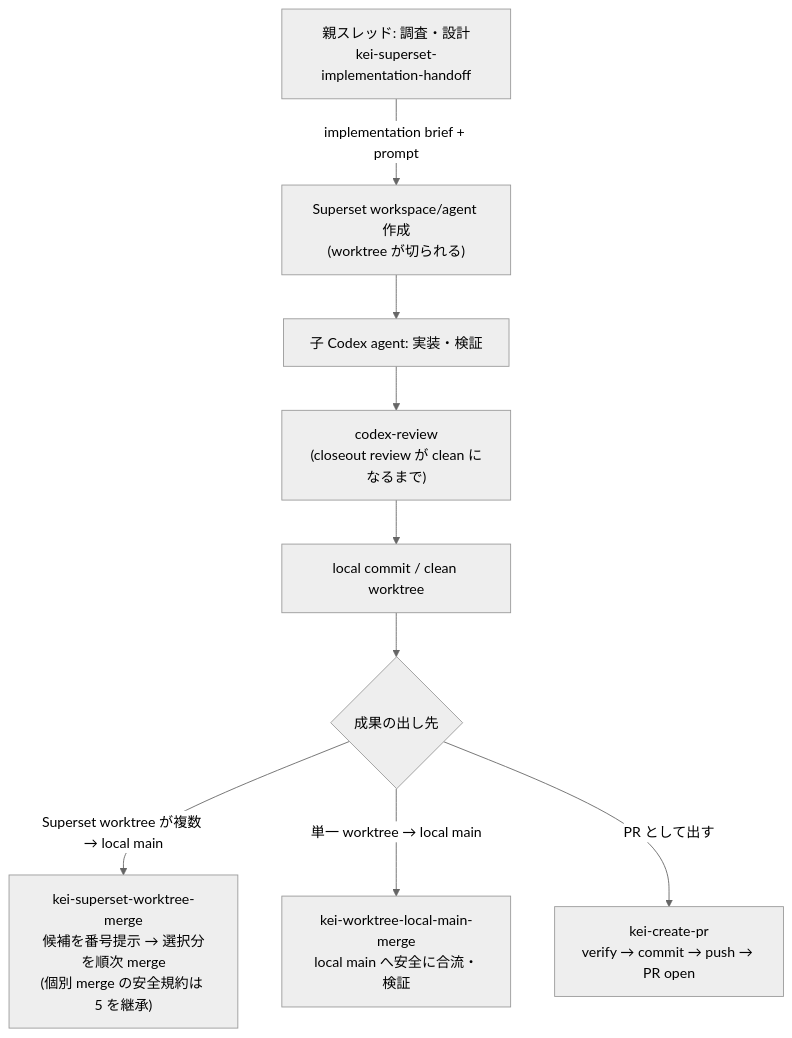
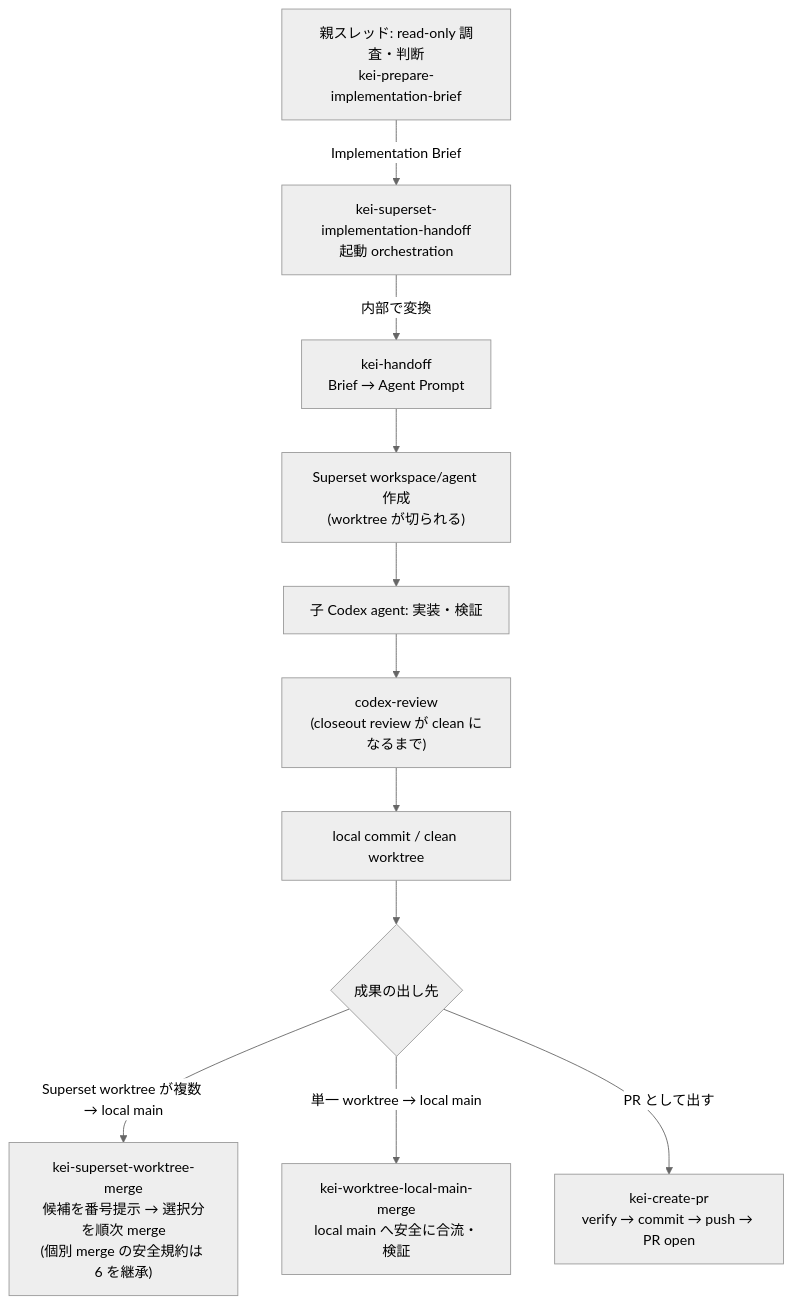
One commit to kei-prog/superset-handoff-flow changed the diagram in README.md. Above: the diagram before and after it, drawn with Mermaid (neutral theme). The commit also changed other lines of this file and 8 other files, not shown here.

Commit message:
refactor: separate brief preparation from Superset launch

````diff
--- a/README.md
+++ b/README.md
@@ -9,11 +9,13 @@
 ```mermaid
 flowchart TD
-    A["親スレッド: 調査・設計<br/>kei-superset-implementation-handoff"] -->|implementation brief + prompt| B["Superset workspace/agent 作成<br/>(worktree が切られる)"]
-    B --> C["子 Codex agent: 実装・検証"]
-    C --> D["codex-review<br/>(closeout review が clean になるまで)"]
-    D --> E["local commit / clean worktree"]
-    E --> F{成果の出し先}
-    F -->|Superset worktree が複数 → local main| G["kei-superset-worktree-merge<br/>候補を番号提示 → 選択分を順次 merge<br/>(個別 merge の安全規約は 5 を継承)"]
-    F -->|単一 worktree → local main| H["kei-worktree-local-main-merge<br/>local main へ安全に合流・検証"]
-    F -->|PR として出す| I["kei-create-pr<br/>verify → commit → push → PR open"]
+    A["親スレッド: read-only 調査・判断<br/>kei-prepare-implementation-brief"] -->|Implementation Brief| B["kei-superset-implementation-handoff<br/>起動 orchestration"]
+    B -->|内部で変換| C["kei-handoff<br/>Brief → Agent Prompt"]
+    C --> D["Superset workspace/agent 作成<br/>(worktree が切られる)"]
+    D --> E["子 Codex agent: 実装・検証"]
+    E --> F["codex-review<br/>(closeout review が clean になるまで)"]
+    F --> G["local commit / clean worktree"]
+    G --> H{成果の出し先}
+    H -->|Superset worktree が複数 → local main| I["kei-superset-worktree-merge<br/>候補を番号提示 → 選択分を順次 merge<br/>(個別 merge の安全規約は 6 を継承)"]
+    H -->|単一 worktree → local main| J["kei-worktree-local-main-merge<br/>local main へ安全に合流・検証"]
+    H -->|PR として出す| K["kei-create-pr<br/>verify → commit → push → PR open"]
 ```
````
